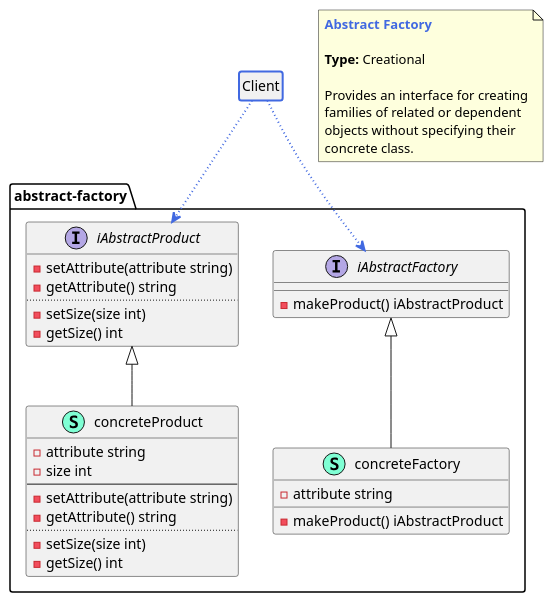
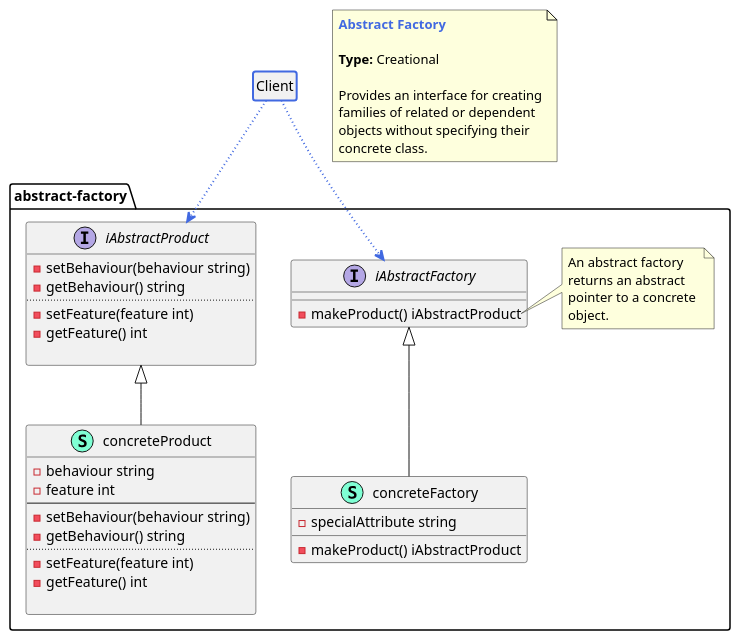
One commit to cloudemprise/go-dsgn-pttrn-abstract-factory changed the diagram in abstract-factory.puml. Above: the diagram before and after it, drawn with PlantUML. The commit also changed 2 other files, not shown here.

Commit message:
Added note to UML diagram.

```diff
--- a/abstract-factory.puml
+++ b/abstract-factory.puml
@@ -1,54 +1,62 @@
 @startuml abstract-factory
 
 class Client #line.bold:royalBlue
 hide Client members
 hide Client circle
 
 namespace abstract-factory {
-    class concreteFactory << (S,Aquamarine) >> {
-        - attribute string
+    interface iAbstractProduct  {
+        - setBehaviour(behaviour string) 
+        - getBehaviour() string
+        ..
+        - setFeature(feature int) 
+        - getFeature() int
 
-        - makeProduct() iAbstractProduct
-
-    }
-    class concreteProduct << (S,Aquamarine) >> {
-        - attribute string
-        - size int
-        --
-        - setAttribute(attribute string) 
-        - getAttribute() string
-        ..
-        - setSize(size int) 
-        - getSize() int
     }
     interface iAbstractFactory  {
         - makeProduct() iAbstractProduct
 
     }
-    interface iAbstractProduct  {
-        - setAttribute(attribute string) 
-        - getAttribute() string
+    class concreteProduct << (S,Aquamarine) >> {
+        - behaviour string
+        - feature int
+        --
+        - setBehaviour(behaviour string) 
+        - getBehaviour() string
         ..
-        - setSize(size int) 
-        - getSize() int
+        - setFeature(feature int) 
+        - getFeature() int
+
+    }
+    class concreteFactory << (S,Aquamarine) >> {
+        - specialAttribute string
+
+        - makeProduct() iAbstractProduct
     }
 }
 
 "Client" -[dotted,thickness=2,#royalBlue]-> "abstract-factory.iAbstractFactory"
 "Client" -[dotted,thickness=2,#royalBlue]-> "abstract-factory.iAbstractProduct"
 
 "abstract-factory.iAbstractFactory" <|-- "abstract-factory.concreteFactory"
 "abstract-factory.iAbstractProduct" <|-- "abstract-factory.concreteProduct"
 
 note as N1
     <b><color:royalBlue>Abstract Factory</color></b>
 
     <b>Type:</b> Creational
 
     Provides an interface for creating
     families of related or dependent
     objects without specifying their
     concrete class.
 end note
 
+note right of abstract-factory.iAbstractFactory::iAbstractProduct
+    An abstract factory
+    returns an abstract
+    pointer to a concrete 
+    object.
+end note
+
 @enduml
```
